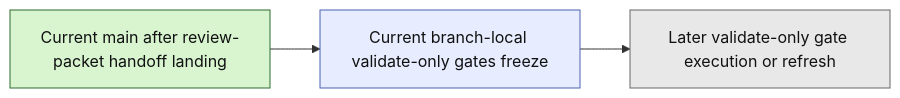
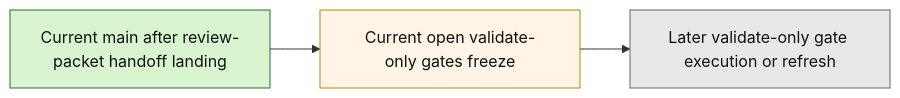
The second of 2 diagrams in next_milestone_plans/layer3_progress_board.md (benjmcd/project6_REPO_MCP_FOLDER), drawn with Mermaid before and after one commit. The commit also changed other lines of this file and 9 other files, not shown here.

Commit message:
docs(layer3): sync validate-only freeze pr state

````diff
--- a/next_milestone_plans/layer3_progress_board.md
+++ b/next_milestone_plans/layer3_progress_board.md
@@ -177,13 +177,13 @@
 ```mermaid
 flowchart LR
-    A["Current main after review-packet handoff landing"] --> B["Current branch-local validate-only gates freeze"]
+    A["Current main after review-packet handoff landing"] --> B["Current open validate-only gates freeze"]
     B --> C["Later validate-only gate execution or refresh"]
 
     classDef done fill:#d8f5d0,stroke:#2f6b2f,color:#111;
-    classDef branch fill:#e7edff,stroke:#4b63b3,color:#111;
+    classDef open fill:#fff4e6,stroke:#b8860b,color:#111;
     classDef future fill:#e8e8e8,stroke:#666,color:#111;
 
     class A done;
-    class B branch;
+    class B open;
     class C future;
 ```
````
